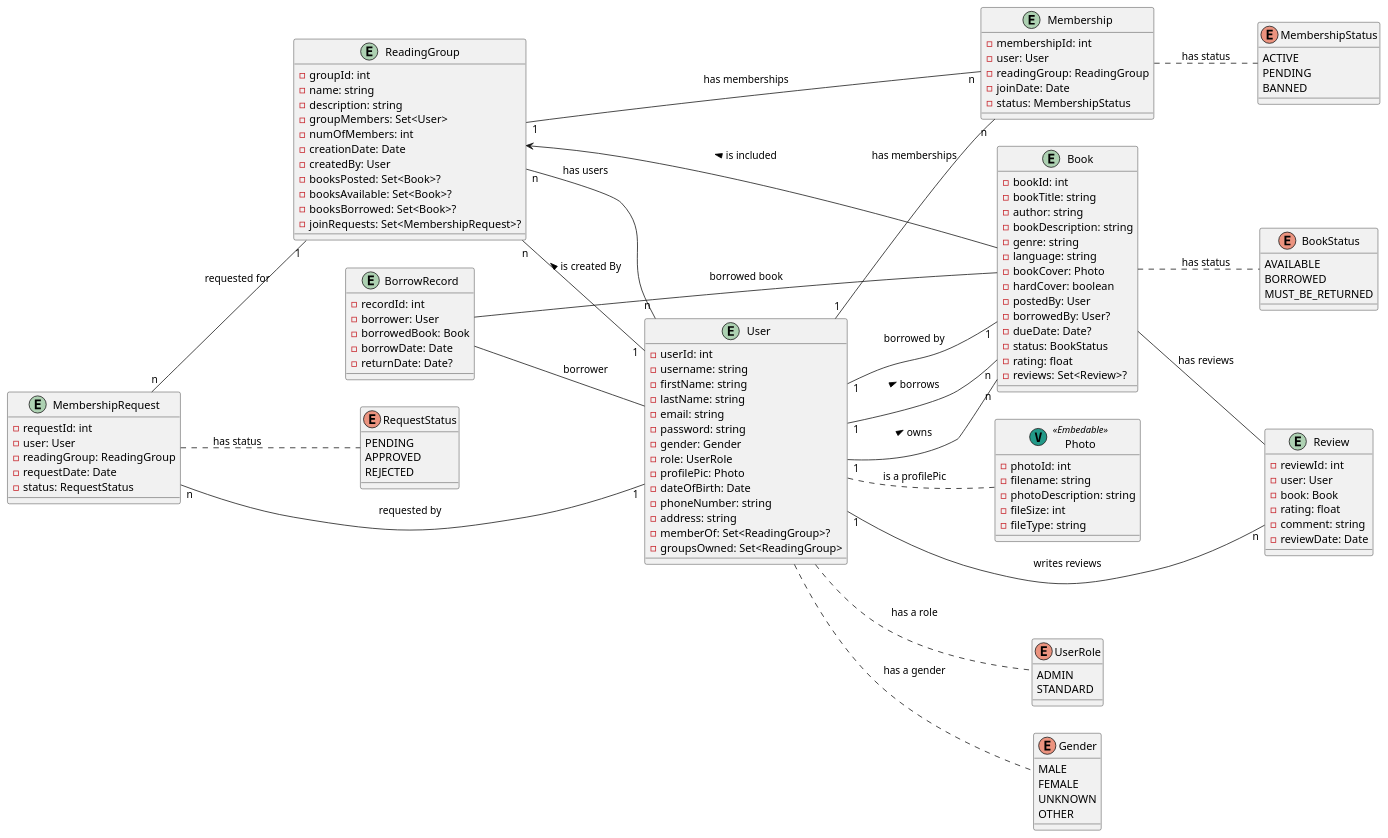
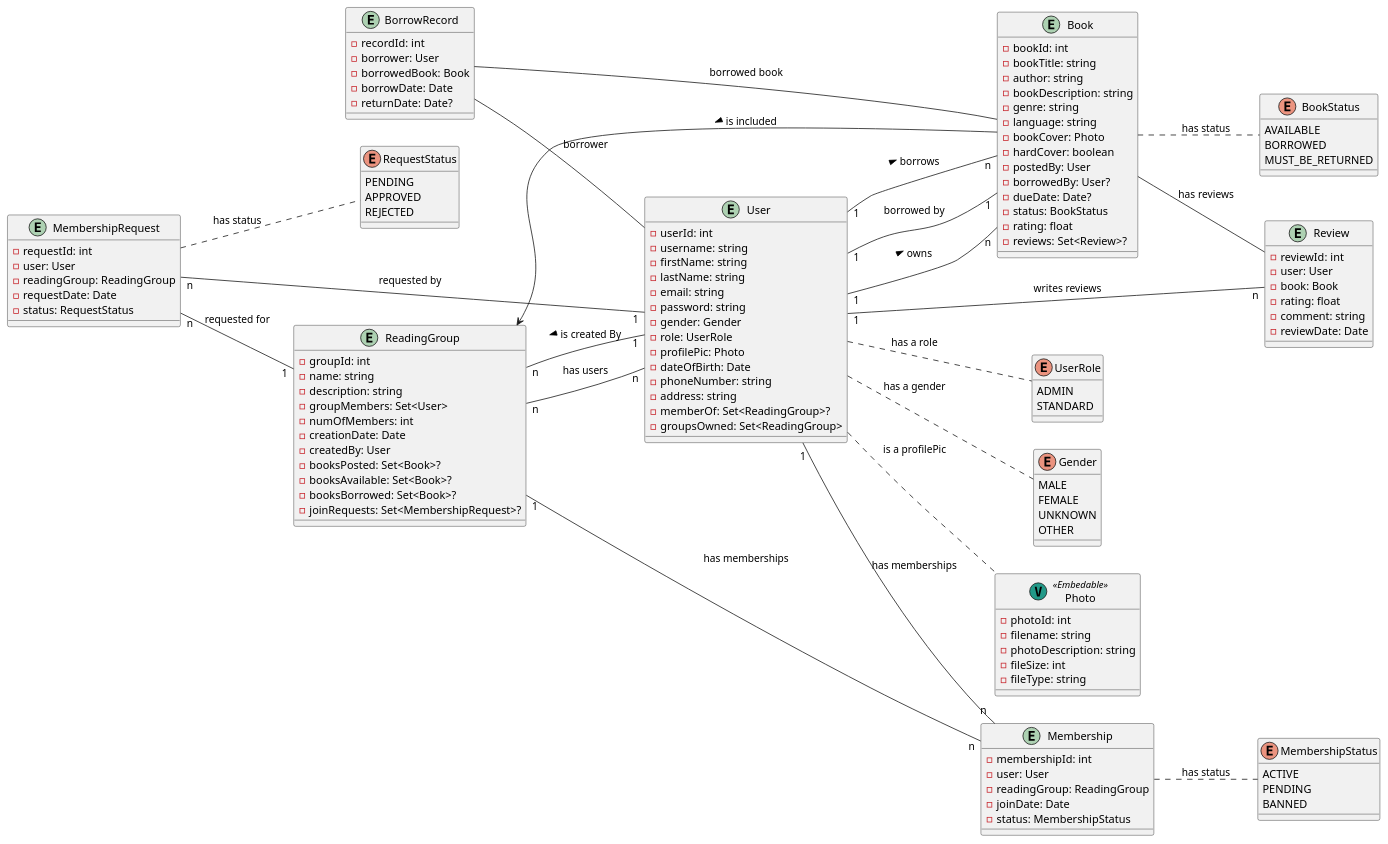
The diagram in src/main/plantuml/pos-project.puml (magdalinamihova/temp1), drawn with PlantUML before and after one commit. The commit also changed other lines of this file and 1 other file, not shown here.

```diff
--- a/src/main/plantuml/pos-project.puml
+++ b/src/main/plantuml/pos-project.puml
@@ -1,145 +1,145 @@
 @startuml
 
 left to right direction
-
-entity User {
-  -userId: int
-  -username: string
-  -firstName: string
-  -lastName: string
-  -email: string
-  -password: string
-  -gender: Gender
-  -role: UserRole
-  -profilePic: Photo
-  -dateOfBirth: Date
-  -phoneNumber: string
-  -address: string
-  -memberOf: Set<ReadingGroup>?
-  -groupsOwned: Set<ReadingGroup>
-}
 
 enum UserRole {
   ADMIN
   STANDARD
 }
 
-enum Gender {
-  MALE
-  FEMALE
-  UNKNOWN
-  OTHER
+entity BorrowRecord {
+  -recordId: int
+  -borrower: User
+  -borrowedBook: Book
+  -borrowDate: Date
+  -returnDate: Date?
+}
+
+entity Review {
+  -reviewId: int
+  -user: User
+  -book: Book
+  -rating: float
+  -comment: string
+  -reviewDate: Date
+}
+
+enum RequestStatus {
+  PENDING
+  APPROVED
+  REJECTED
 }
 
 entity Book {
   -bookId: int
   -bookTitle: string
   -author: string
   -bookDescription: string
   -genre: string
   - language: string
   -bookCover: Photo
   -hardCover: boolean
   -postedBy: User
   -borrowedBy: User?
   -dueDate: Date?
   -status: BookStatus
   -rating: float
   -reviews: Set<Review>?
 }
 
-enum BookStatus {
-  AVAILABLE
-  BORROWED
-  MUST_BE_RETURNED
+entity User {
+  -userId: int
+  -username: string
+  -firstName: string
+  -lastName: string
+  -email: string
+  -password: string
+  -gender: Gender
+  -role: UserRole
+  -profilePic: Photo
+  -dateOfBirth: Date
+  -phoneNumber: string
+  -address: string
+  -memberOf: Set<ReadingGroup>?
+  -groupsOwned: Set<ReadingGroup>
 }
 
 entity ReadingGroup {
   -groupId: int
   -name: string
   -description: string
   -groupMembers: Set<User>
   -numOfMembers: int
   -creationDate: Date
   -createdBy: User
   -booksPosted: Set<Book>?
   -booksAvailable: Set<Book>?
   -booksBorrowed: Set<Book>?
   -joinRequests: Set<MembershipRequest>?
 }
 
-entity Membership {
-  -membershipId: int
-  -user: User
-  -readingGroup: ReadingGroup
-  -joinDate: Date
-  -status: MembershipStatus
-}
-
 enum MembershipStatus {
   ACTIVE
   PENDING
   BANNED
 }
 
 entity MembershipRequest {
   -requestId: int
   -user: User
   -readingGroup: ReadingGroup
   -requestDate: Date
   -status: RequestStatus
 }
 
-enum RequestStatus {
-  PENDING
-  APPROVED
-  REJECTED
+enum BookStatus {
+  AVAILABLE
+  BORROWED
+  MUST_BE_RETURNED
 }
 
-entity Review {
-  -reviewId: int
-  -user: User
-  -book: Book
-  -rating: float
-  -comment: string
-  -reviewDate: Date
+enum Gender {
+  MALE
+  FEMALE
+  UNKNOWN
+  OTHER
 }
 
-entity BorrowRecord {
-  -recordId: int
-  -borrower: User
-  -borrowedBook: Book
-  -borrowDate: Date
-  -returnDate: Date?
+entity Membership {
+  -membershipId: int
+  -user: User
+  -readingGroup: ReadingGroup
+  -joinDate: Date
+  -status: MembershipStatus
 }
 
 class Photo << (V,#229988) Embedable>> {
   -photoId: int
   -filename: string
   -photoDescription: string
   -fileSize: int
   -fileType: string
 }
 
 User .. UserRole : has a role
 User .. Photo : is a profilePic
 User .. Gender : has a gender
 User "1" -- "n" Book : > borrows
 User "1" -- "n" Book : > owns
 Book "1" -- "1" User :  borrowed by
+ReadingGroup <-- Book : < is included
 ReadingGroup "n" -- "n" User : has users
 ReadingGroup "n" -- "1" User : < is created By
-ReadingGroup <-- Book : < is included
 BorrowRecord -- User : borrower
 BorrowRecord -- Book : borrowed book
 Book -- Review : has reviews
 User "1" -- "n" Review : writes reviews
 User "1" -- "n" Membership : has memberships
 ReadingGroup "1" -- "n" Membership : has memberships
 MembershipRequest "n" -- "1" User : requested by
 MembershipRequest "n" -- "1" ReadingGroup : requested for
 Book .. BookStatus : has status
 Membership .. MembershipStatus : has status
 MembershipRequest .. RequestStatus : has status
 
 @enduml
```
